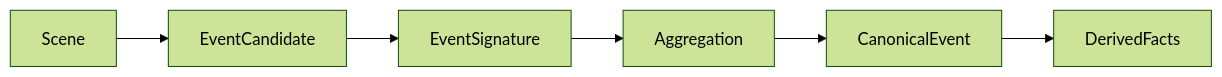
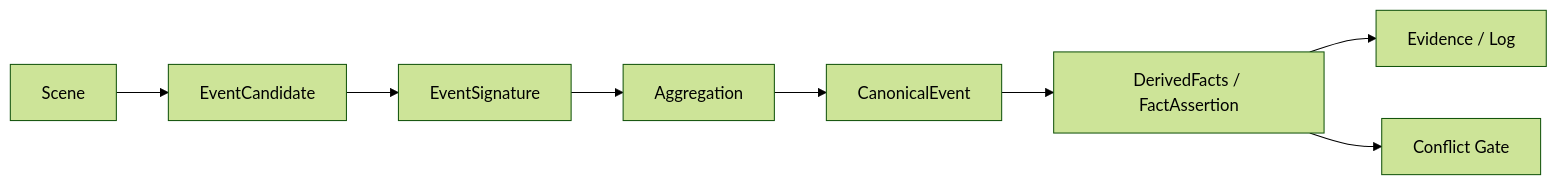
One commit to FrankQDWang/sextantlabs changed the third of 5 diagrams in goals/15-event-aggregation.md. Above: the diagram before and after it, drawn with Mermaid (forest theme). The commit also changed other lines of this file, not shown here.

Commit message:
Align event aggregation with canon promotion gate

````diff
--- a/goals/15-event-aggregation.md
+++ b/goals/15-event-aggregation.md
@@ -55,8 +63,10 @@
 ```mermaid
 flowchart LR
     A[Scene] --> B[EventCandidate]
     B --> C[EventSignature]
     C --> D[Aggregation]
     D --> E[CanonicalEvent]
-    E --> F[DerivedFacts]
+    E --> F[DerivedFacts / FactAssertion]
+    F --> G[Evidence / Log]
+    F --> H[Conflict Gate]
 ```
````
